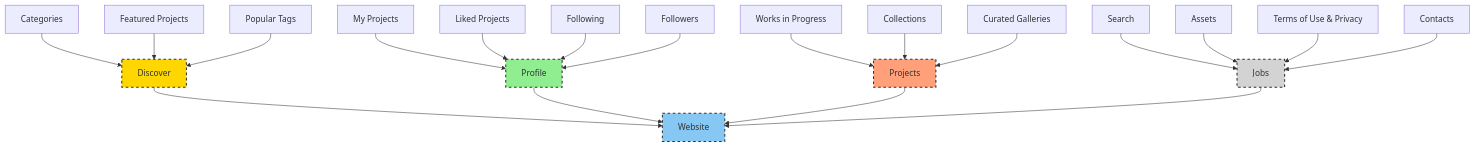
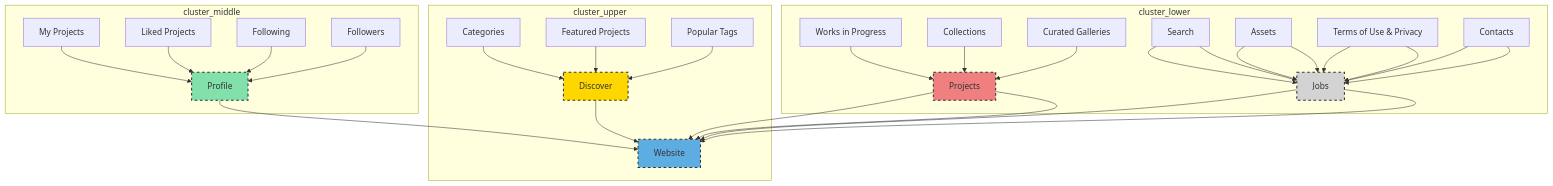
One commit to Yarema91/Blockscheme- changed the diagram in README.md. Above: the diagram before and after it, drawn with Mermaid.

````diff
--- a/README.md
+++ b/README.md
@@ -3,39 +3,52 @@
 ```mermaid
-flowchart TB;
+graph TB;
 
-style A fill:#86C7F3, stroke:#333, stroke-width:2px, stroke-dasharray: 5, 5;
-style B fill:#FFD700, stroke:#333, stroke-width:2px, stroke-dasharray: 5, 5;
-style F fill:#90EE90, stroke:#333, stroke-width:2px, stroke-dasharray: 5, 5;
-style K fill:#FFA07A, stroke:#333, stroke-width:2px, stroke-dasharray: 5, 5;
-style O fill:#D3D3D3, stroke:#333, stroke-width:2px, stroke-dasharray: 5, 5;
+style A fill:#5DADE2, stroke:#333, stroke-width:2px, stroke-dasharray: 5, 5, shape:rect;
+style B fill:#FFD700, stroke:#333, stroke-width:2px, stroke-dasharray: 5, 5, shape:rect;
+style F fill:#82E0AA, stroke:#333, stroke-width:2px, stroke-dasharray: 5, 5, shape:rect;
+style K fill:#F08080, stroke:#333, stroke-width:2px, stroke-dasharray: 5, 5, shape:rect;
+style O fill:#D3D3D3, stroke:#333, stroke-width:2px, stroke-dasharray: 5, 5, shape:rect;
 
-A[Website]
-B[Discover]
-C[Categories]
-D[Featured Projects]
-E[Popular Tags]
-F[Profile]
-G[My Projects]
-H[Liked Projects]
-I[Following]
-J[Followers]
-K[Projects]
-L[Works in Progress]
-M[Collections]
-N[Curated Galleries]
-O[Jobs]
-P[Search]
-Q[Assets]
-R[Terms of Use & Privacy]
-S[Contacts]
+subgraph cluster_upper
+  A[Website]
+  B[Discover]
+  C[Categories]
+  D[Featured Projects]
+  E[Popular Tags]
+end
+
+subgraph cluster_middle
+  F[Profile]
+  G[My Projects]
+  H[Liked Projects]
+  I[Following]
+  J[Followers]
+end
+
+subgraph cluster_lower
+  K[Projects]
+  L[Works in Progress]
+  M[Collections]
+  N[Curated Galleries]
+  O[Jobs]
+  P[Search]
+  Q[Assets]
+  R[Terms of Use & Privacy]
+  S[Contacts]
+end
 
 B & F --> A;
 C & D & E --> B;
 G & H --> F;
 I & J --> F;
 L & M & N --> K;
 P & Q --> O;
 R & S --> O;
 
+K & O --> A;
+
+P & Q --> O;
+R & S --> O;
+
 K & O -->  A;
 ```
````
